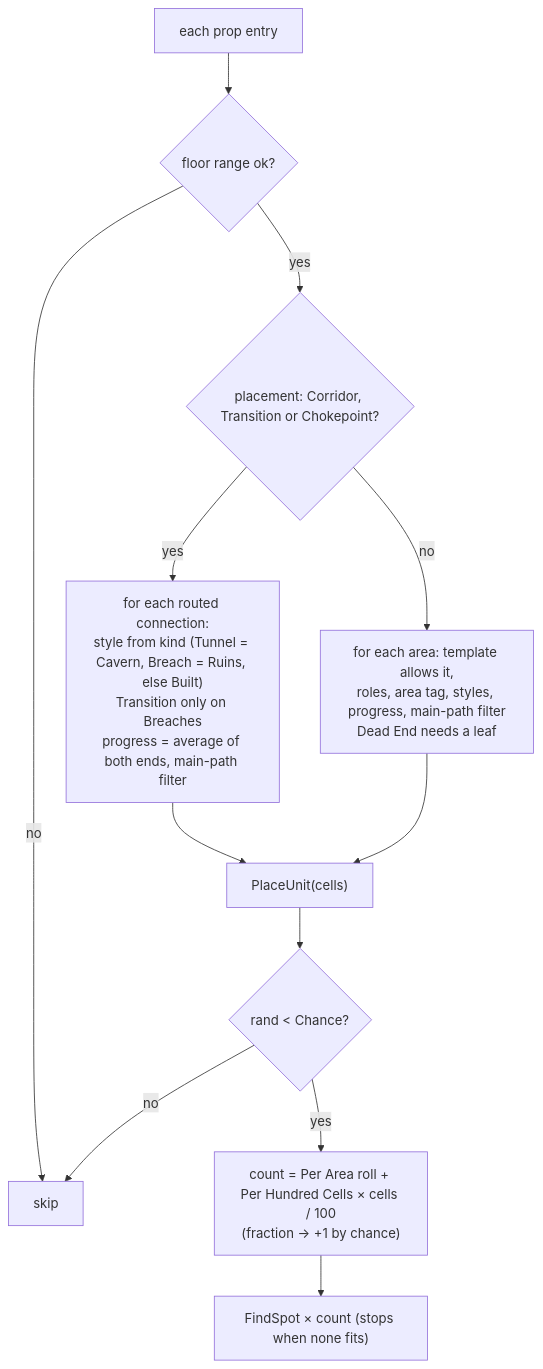
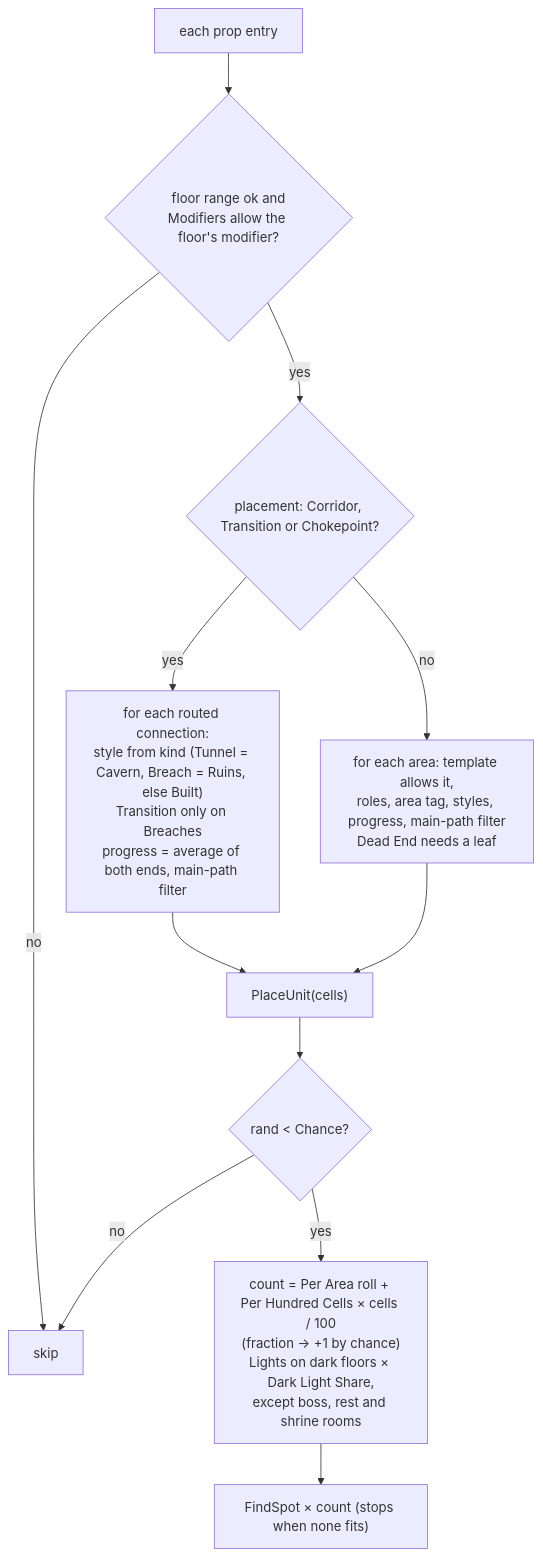
Before and after one commit to Kaynan-Jamelaumn/SimpleMovementsUnityPackage: the sixth of 6 diagrams in Documentation/Dungeon/08-Population.md, drawn with Mermaid. The commit also changed other lines of this file and 161 other files, not shown here.

````diff
--- a/Documentation/Dungeon/08-Population.md
+++ b/Documentation/Dungeon/08-Population.md
@@ -137,14 +164,14 @@
 ```mermaid
 flowchart TD
-    A["each prop entry"] --> B{"floor range ok?"}
+    A["each prop entry"] --> B{"floor range ok and<br/>Modifiers allow the floor's modifier?"}
     B -- no --> X["skip"]
     B -- yes --> C{"placement: Corridor, Transition or Chokepoint?"}
     C -- yes --> D["for each routed connection:<br/>style from kind (Tunnel = Cavern, Breach = Ruins, else Built)<br/>Transition only on Breaches<br/>progress = average of both ends, main-path filter"]
     C -- no --> E["for each area: template allows it,<br/>roles, area tag, styles, progress, main-path filter<br/>Dead End needs a leaf"]
     D --> U["PlaceUnit(cells)"]
     E --> U
     U --> F{"rand < Chance?"}
     F -- no --> X
-    F -- yes --> G["count = Per Area roll + Per Hundred Cells × cells / 100<br/>(fraction → +1 by chance)"]
+    F -- yes --> G["count = Per Area roll + Per Hundred Cells × cells / 100<br/>(fraction → +1 by chance)<br/>Lights on dark floors × Dark Light Share,<br/>except boss, rest and shrine rooms"]
     G --> H["FindSpot × count (stops when none fits)"]
 ```
````
